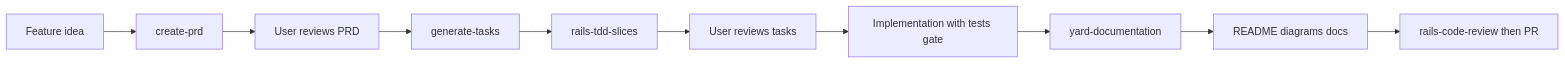
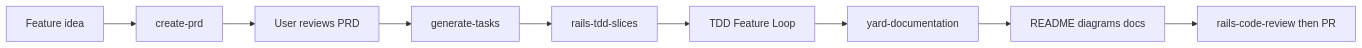
One commit to igmarin/my-RoR-personal-skills changed the second of 15 diagrams in docs/workflow-guide.md. Above: the diagram before and after it, drawn with Mermaid. The commit also changed other lines of this file and 9 other files, not shown here.

First line of the commit message:
feat: TDD Feature Loop, GraphQL skill, review-response split, and new workflows (#10)

````diff
--- a/docs/workflow-guide.md
+++ b/docs/workflow-guide.md
@@ -24,12 +80,11 @@
 ```mermaid
 flowchart LR
     A[Feature idea] --> B[create-prd]
     B --> C[User reviews PRD]
     C --> D[generate-tasks]
     D --> E[rails-tdd-slices]
-    E --> F[User reviews tasks]
-    F --> G[Implementation with tests gate]
-    G --> H[yard-documentation]
-    H --> I[README diagrams docs]
-    I --> J[rails-code-review then PR]
+    E --> F[TDD Feature Loop]
+    F --> G[yard-documentation]
+    G --> H[README diagrams docs]
+    H --> I[rails-code-review then PR]
 ```
````
